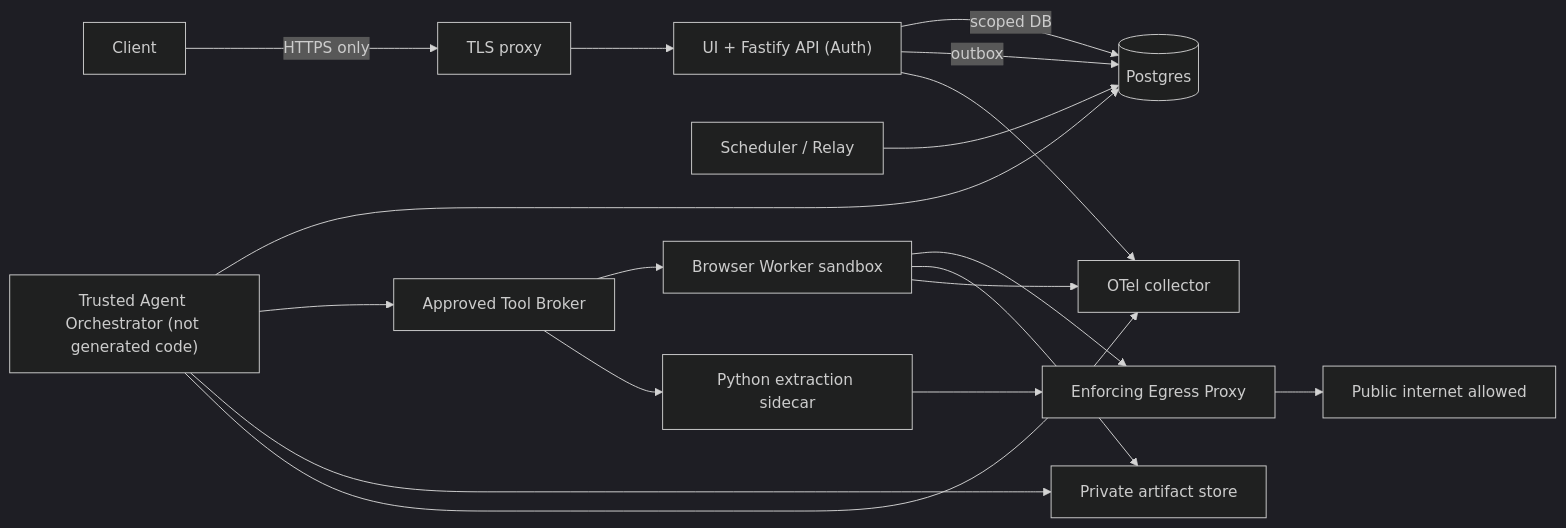
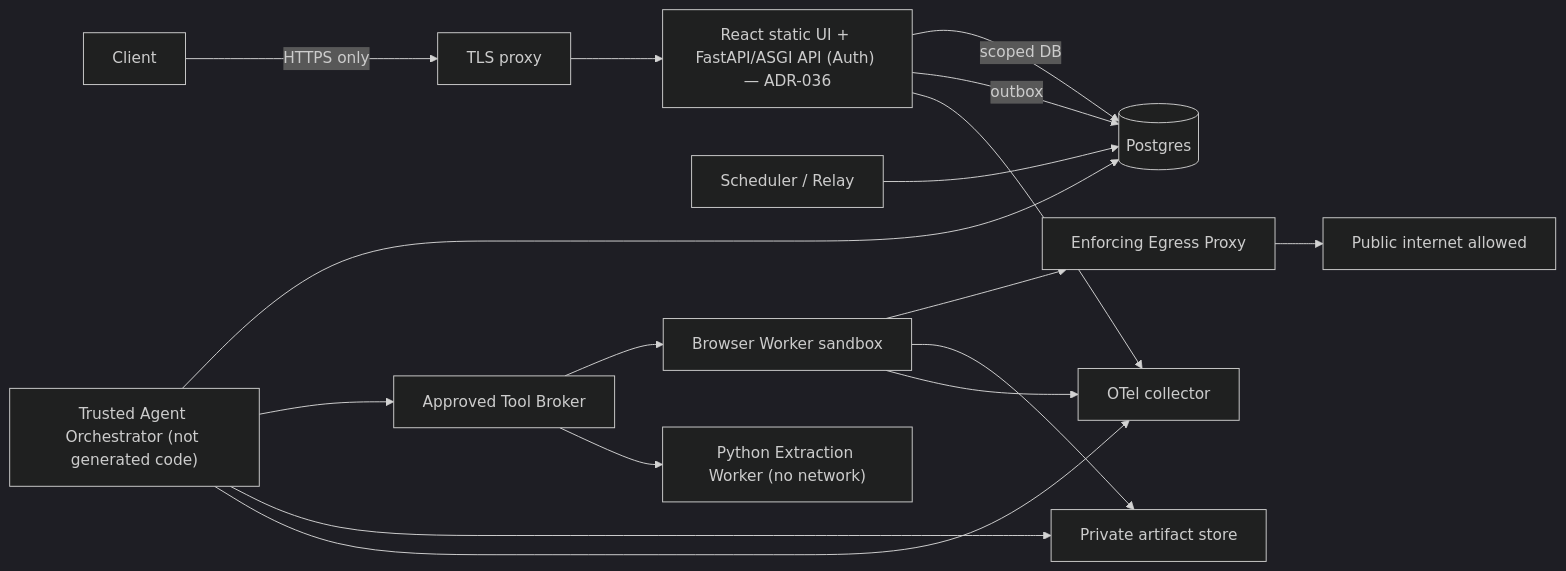
One commit to choko510/aiagent-md changed the diagram in docs/10-infrastructure/docker-deployment.md. Above: the diagram before and after it, drawn with Mermaid (dark theme). The commit also changed other lines of this file and 50 other files, not shown here.

````diff
--- a/docs/10-infrastructure/docker-deployment.md
+++ b/docs/10-infrastructure/docker-deployment.md
@@ -48,20 +48,19 @@
 ```mermaid
 flowchart LR
   Public["Client"] -->|"HTTPS only"| Proxy["TLS proxy"]
-  Proxy --> API["UI + Fastify API (Auth)"]
+  Proxy --> API["React static UI + FastAPI/ASGI API (Auth) — ADR-036"]
   API -->|"scoped DB"| PG[(Postgres)]
   API -->|"outbox"| PG
   Worker["Trusted Agent Orchestrator (not generated code)"] --> PG
   Scheduler["Scheduler / Relay"] --> PG
   Worker --> Broker["Approved Tool Broker"]
   Broker --> Browser["Browser Worker sandbox"]
-  Broker --> Extract["Python extraction sidecar"]
+  Broker --> Extract["Python Extraction Worker (no network)"]
   Browser --> Egress["Enforcing Egress Proxy"]
-  Extract --> Egress
   Egress --> Internet["Public internet allowed"]
   Browser --> Artifacts["Private artifact store"]
   Worker --> Artifacts
   API --> Telemetry["OTel collector"]
   Worker --> Telemetry
   Browser --> Telemetry
 ```
````
